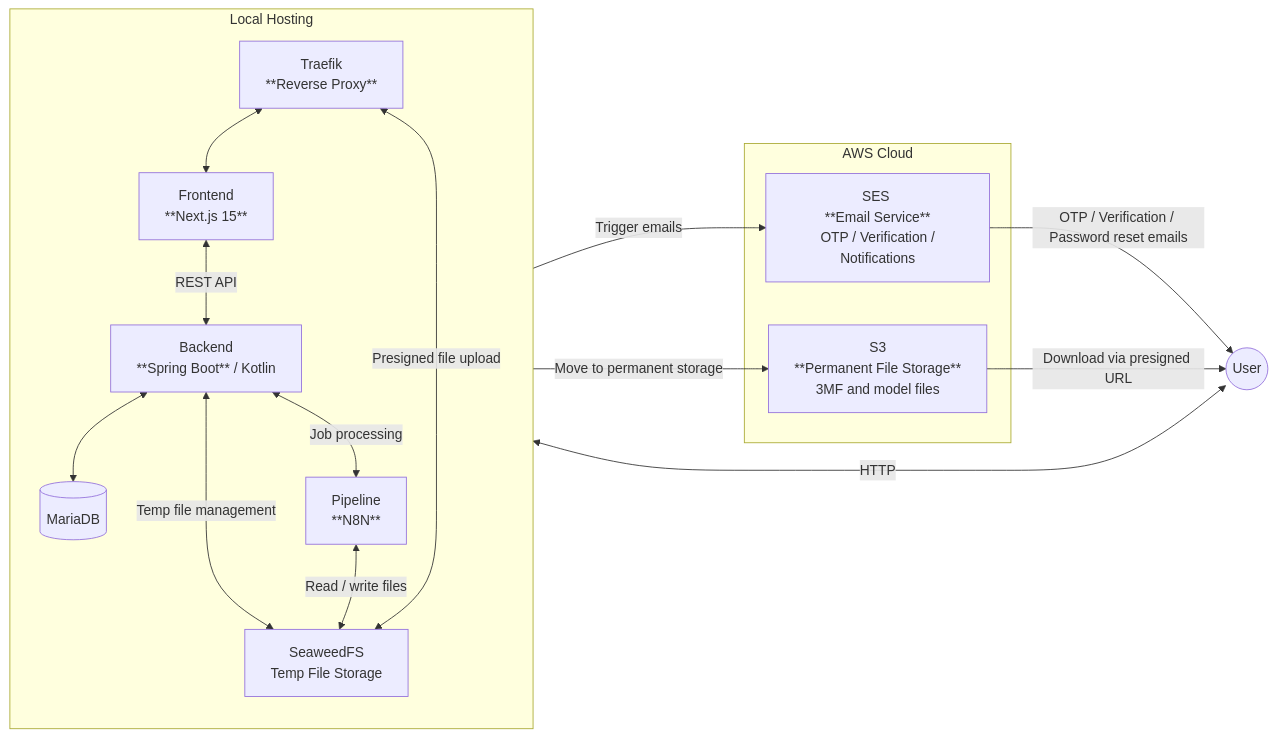
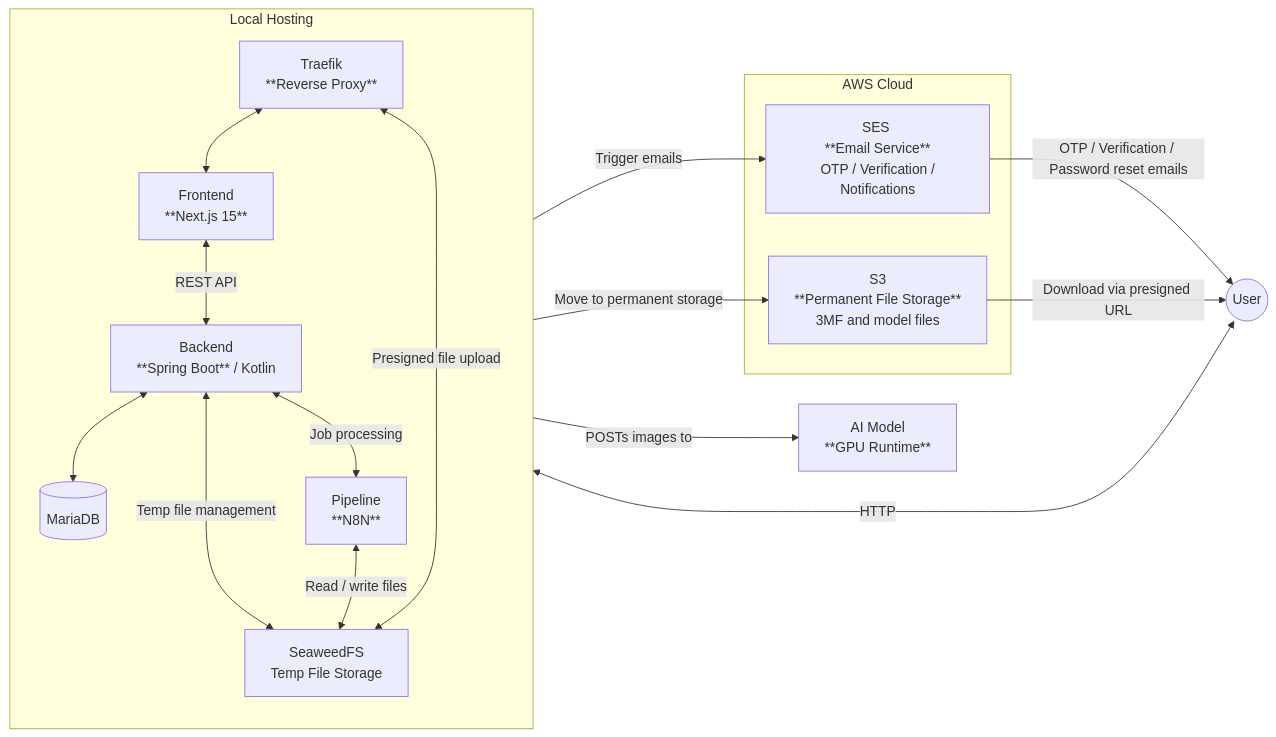
One commit to 3D-Western/3dw-hub changed the first of 2 diagrams in docs/report/overview.md. Above: the diagram before and after it, drawn with Mermaid. The commit also changed other lines of this file and 5 other files, not shown here.

Commit message:
edited diagrams and typos

````diff
--- a/docs/report/overview.md
+++ b/docs/report/overview.md
@@ -11,39 +11,41 @@
 ```mermaid
 graph LR
     User((User))
+    ML_Hosting[AI Model <br/> **GPU Runtime**]
 
     subgraph AWS_Cloud [AWS Cloud]
         S3["S3 <br/> **Permanent File Storage** <br/> 3MF and model files"]
         SES["SES <br/> **Email Service** <br/> OTP / Verification / Notifications"]
     end
 
     subgraph Local_Hosting [Local Hosting]
         direction TB
         Traefik["Traefik <br/> **Reverse Proxy**"]
         Frontend["Frontend <br/> **Next.js 15**"]
         Backend["Backend <br/> **Spring Boot** / Kotlin"]
         Database[(MariaDB)]
         SeaweedFS["SeaweedFS <br/> Temp File Storage"]
         Pipeline["Pipeline <br/> **N8N**"]
     end
 
     %% Entry point
     User <--> |HTTP| Traefik
     Traefik <--> Frontend
     Traefik <--> |Presigned file upload| SeaweedFS
     SES --> |OTP / Verification / Password reset emails| User
     S3 --> |Download via presigned URL| User
 
     %% Frontend <-> Backend
     Frontend <--> |REST API| Backend
 
     %% Backend connections
     Backend <--> Database
     Backend <--> |Temp file management| SeaweedFS
     Backend --> |Move to permanent storage| S3
     Backend --> |Trigger emails| SES
     Backend <--> |Job processing| Pipeline
 
     %% Pipeline connections
     Pipeline <--> |Read / write files| SeaweedFS
+    Pipeline --> | POSTs images to| ML_Hosting
 ```
````
